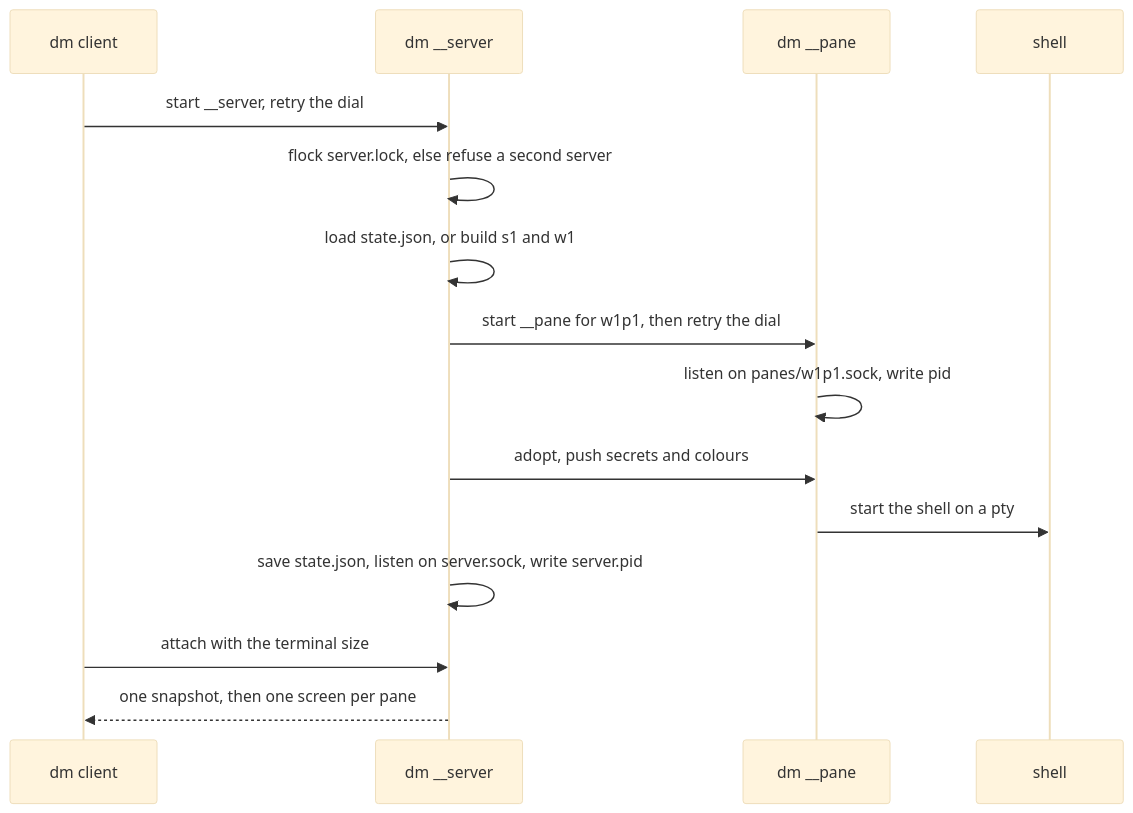
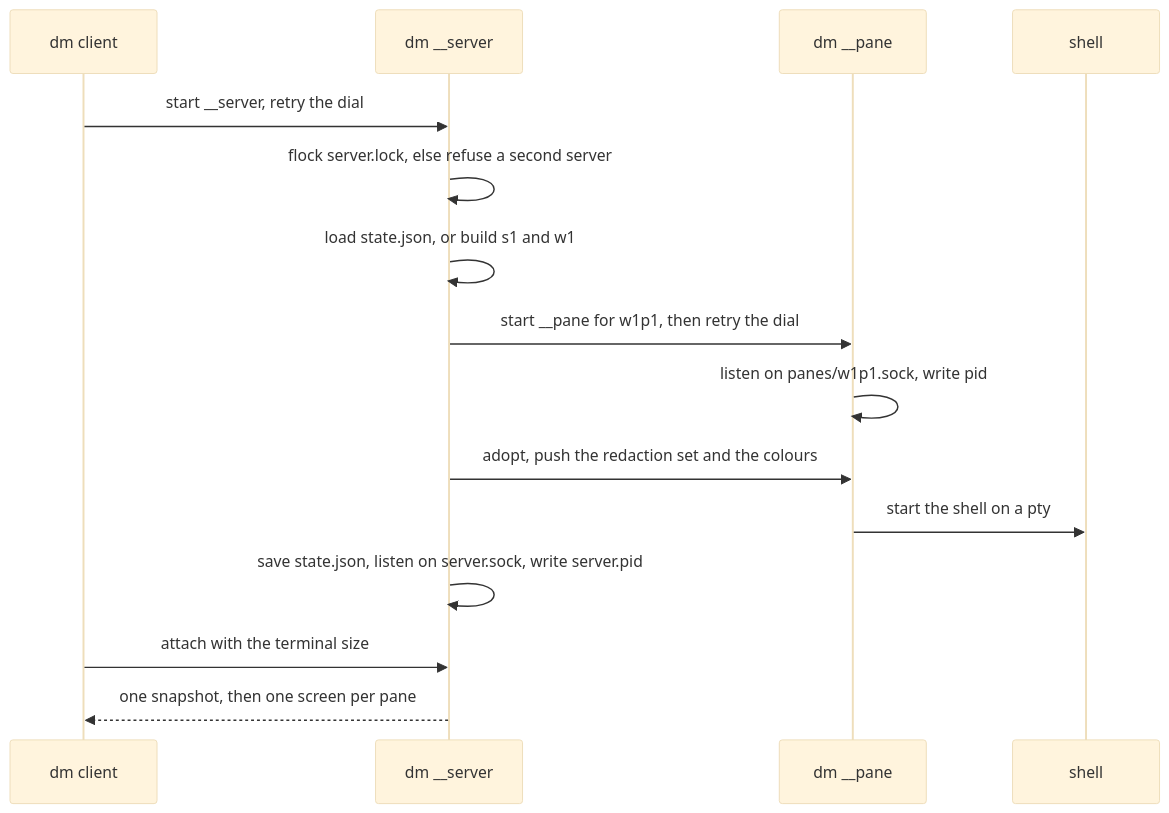
One commit to ladydascalie/dm changed the second of 2 diagrams in docs/internals/01-entry-point.md. Above: the diagram before and after it, drawn with Mermaid (base theme). The commit also changed other lines of this file and 13 other files, not shown here.

````diff
--- a/docs/internals/01-entry-point.md
+++ b/docs/internals/01-entry-point.md
@@ -99,17 +106,17 @@
 ```mermaid
 sequenceDiagram
     participant C as dm client
     participant S as dm __server
     participant P as dm __pane
     participant H as shell
     C->>S: start __server, retry the dial
     S->>S: flock server.lock, else refuse a second server
     S->>S: load state.json, or build s1 and w1
     S->>P: start __pane for w1p1, then retry the dial
     P->>P: listen on panes/w1p1.sock, write pid
-    S->>P: adopt, push secrets and colours
+    S->>P: adopt, push the redaction set and the colours
     P->>H: start the shell on a pty
     S->>S: save state.json, listen on server.sock, write server.pid
     C->>S: attach with the terminal size
     S-->>C: one snapshot, then one screen per pane
 ```
````
